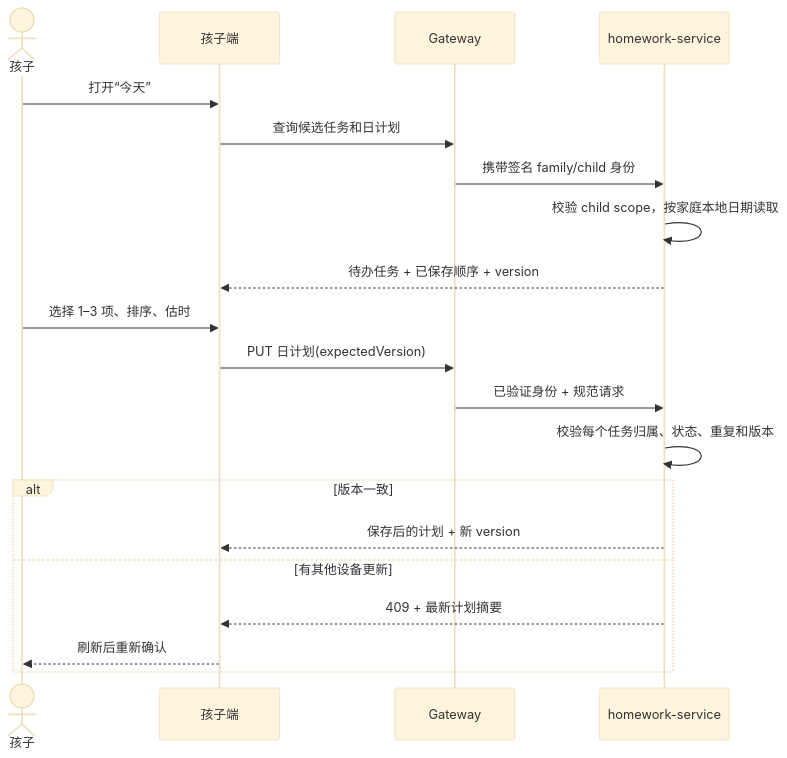
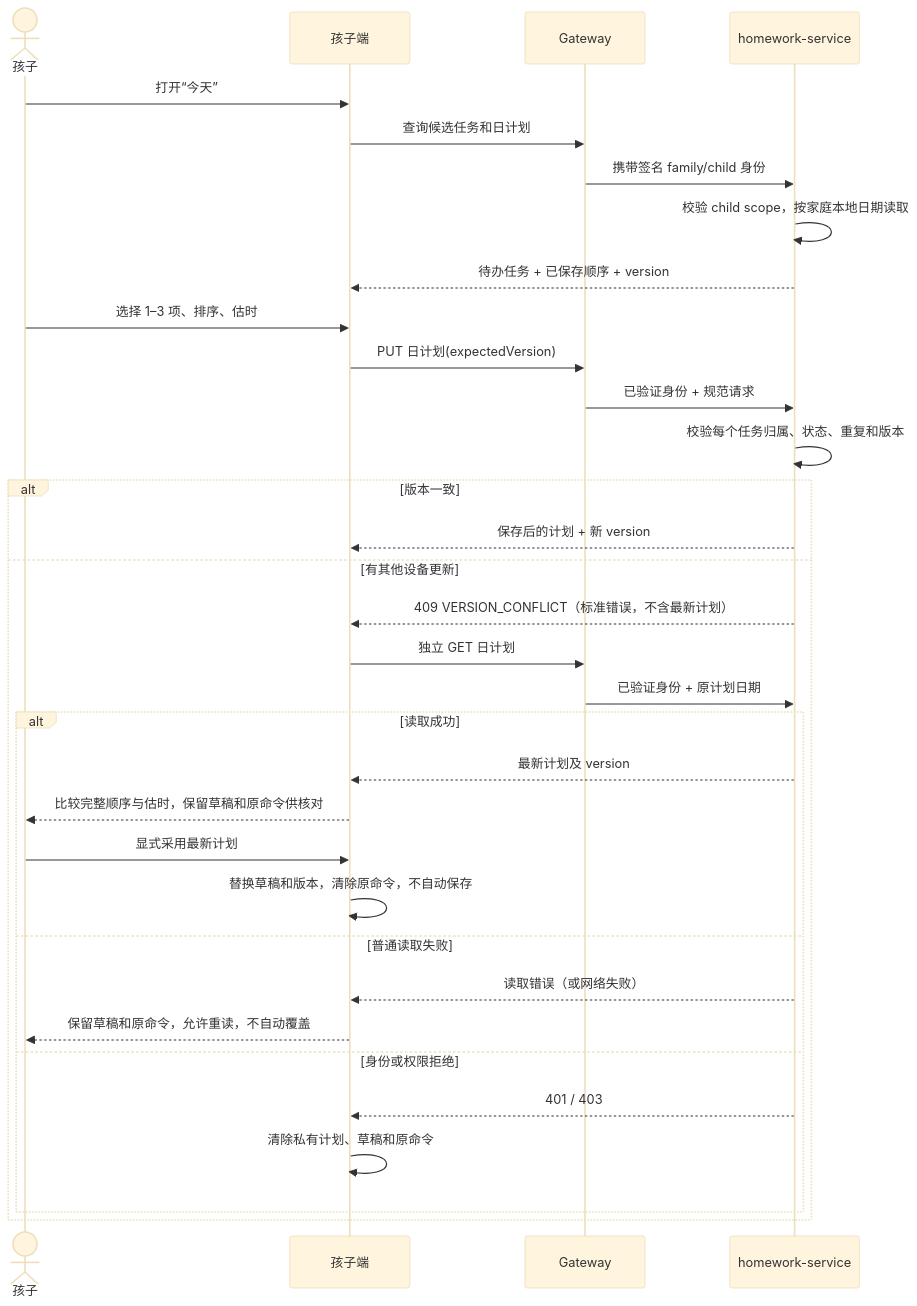
Before and after one commit to mflyn/LMS: the seventh of 15 diagrams in docs/architecture/family-self-directed-learning-system-design.md, drawn with Mermaid (base theme). The commit also changed other lines of this file and 51 other files, not shown here.

````diff
--- a/docs/architecture/family-self-directed-learning-system-design.md
+++ b/docs/architecture/family-self-directed-learning-system-design.md
@@ -799,23 +799,36 @@
 ```mermaid
 sequenceDiagram
   actor C as 孩子
   participant UI as 孩子端
   participant GW as Gateway
   participant HW as homework-service
 
   C->>UI: 打开“今天”
   UI->>GW: 查询候选任务和日计划
   GW->>HW: 携带签名 family/child 身份
   HW->>HW: 校验 child scope，按家庭本地日期读取
   HW-->>UI: 待办任务 + 已保存顺序 + version
   C->>UI: 选择 1–3 项、排序、估时
   UI->>GW: PUT 日计划(expectedVersion)
   GW->>HW: 已验证身份 + 规范请求
   HW->>HW: 校验每个任务归属、状态、重复和版本
   alt 版本一致
     HW-->>UI: 保存后的计划 + 新 version
   else 有其他设备更新
-    HW-->>UI: 409 + 最新计划摘要
-    UI-->>C: 刷新后重新确认
+    HW-->>UI: 409 VERSION_CONFLICT（标准错误，不含最新计划）
+    UI->>GW: 独立 GET 日计划
+    GW->>HW: 已验证身份 + 原计划日期
+    alt 读取成功
+      HW-->>UI: 最新计划及 version
+      UI-->>C: 比较完整顺序与估时，保留草稿和原命令供核对
+      C->>UI: 显式采用最新计划
+      UI->>UI: 替换草稿和版本，清除原命令，不自动保存
+    else 普通读取失败
+      HW-->>UI: 读取错误（或网络失败）
+      UI-->>C: 保留草稿和原命令，允许重读，不自动覆盖
+    else 身份或权限拒绝
+      HW-->>UI: 401 / 403
+      UI->>UI: 清除私有计划、草稿和原命令
+    end
   end
 ```
````
